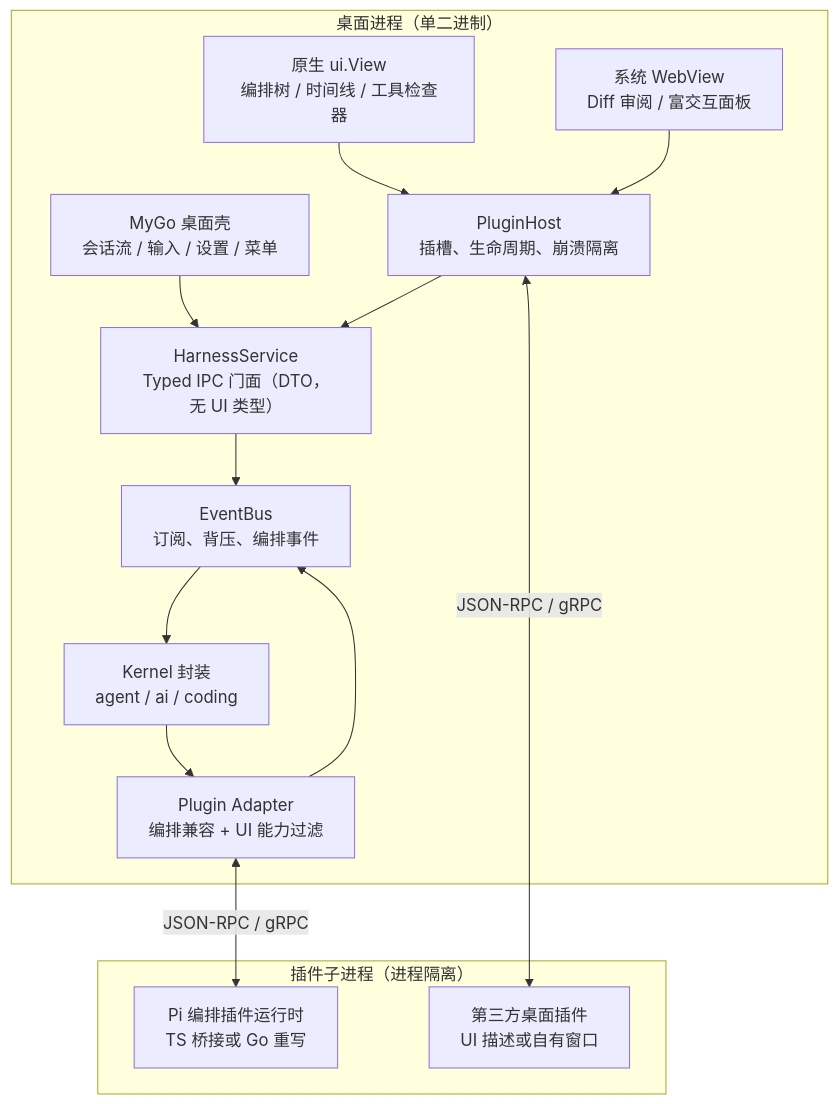
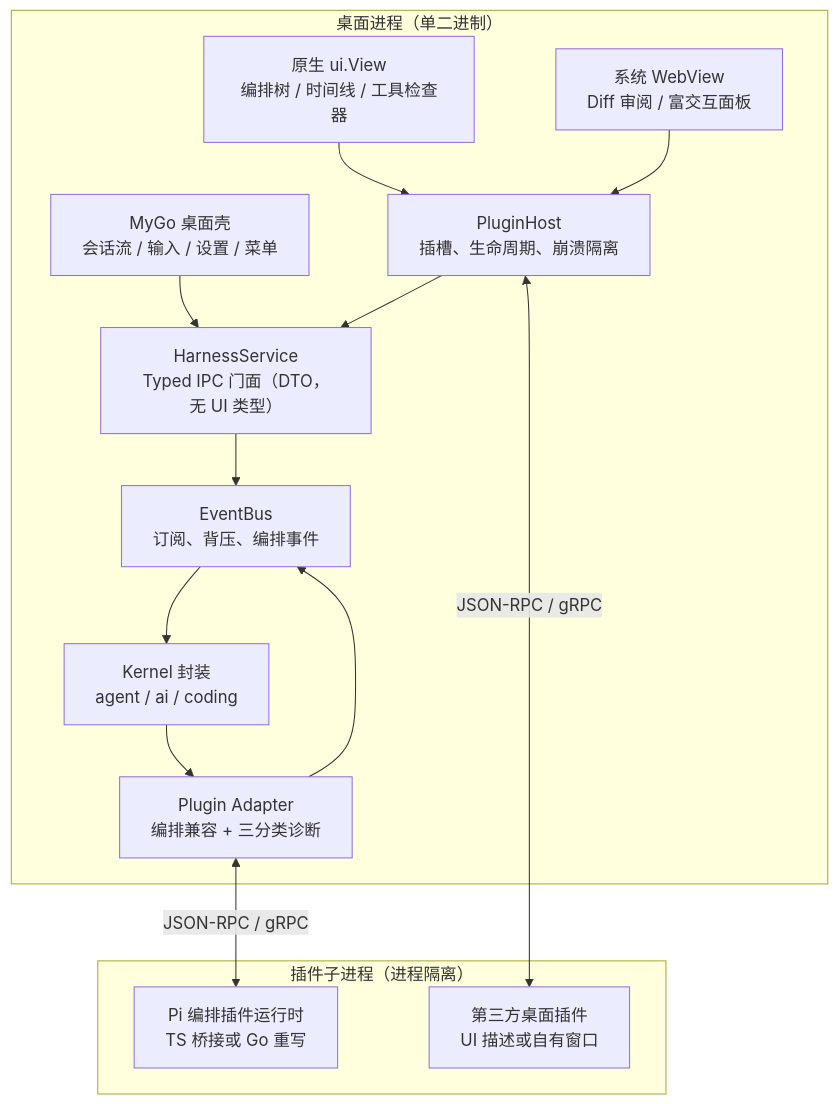
One commit to qingbird1983/Locowrk changed the diagram in docs/architecture/01-overview.md. Above: the diagram before and after it, drawn with Mermaid. The commit also changed other lines of this file and 15 other files, not shown here.

````diff
--- a/docs/architecture/01-overview.md
+++ b/docs/architecture/01-overview.md
@@ -15,29 +15,29 @@
 ```mermaid
 graph TB
     subgraph desktop["桌面进程（单二进制）"]
         shell["MyGo 桌面壳<br/>会话流 / 输入 / 设置 / 菜单"]
         native["原生 ui.View<br/>编排树 / 时间线 / 工具检查器"]
         web["系统 WebView<br/>Diff 审阅 / 富交互面板"]
         host["PluginHost<br/>插槽、生命周期、崩溃隔离"]
         bridge["HarnessService<br/>Typed IPC 门面（DTO，无 UI 类型）"]
         bus["EventBus<br/>订阅、背压、编排事件"]
         kernel["Kernel 封装<br/>agent / ai / coding"]
-        adapter["Plugin Adapter<br/>编排兼容 + UI 能力过滤"]
+        adapter["Plugin Adapter<br/>编排兼容 + 三分类诊断"]
     end
 
     subgraph child["插件子进程（进程隔离）"]
         orch["Pi 编排插件运行时<br/>TS 桥接或 Go 重写"]
         third["第三方桌面插件<br/>UI 描述或自有窗口"]
     end
 
     shell --> bridge
     native --> host
     web --> host
     host --> bridge
     bridge --> bus
     bus --> kernel
     adapter --> bus
     kernel --> adapter
     adapter <-->|"JSON-RPC / gRPC"| orch
     host <-->|"JSON-RPC / gRPC"| third
 ```
````
